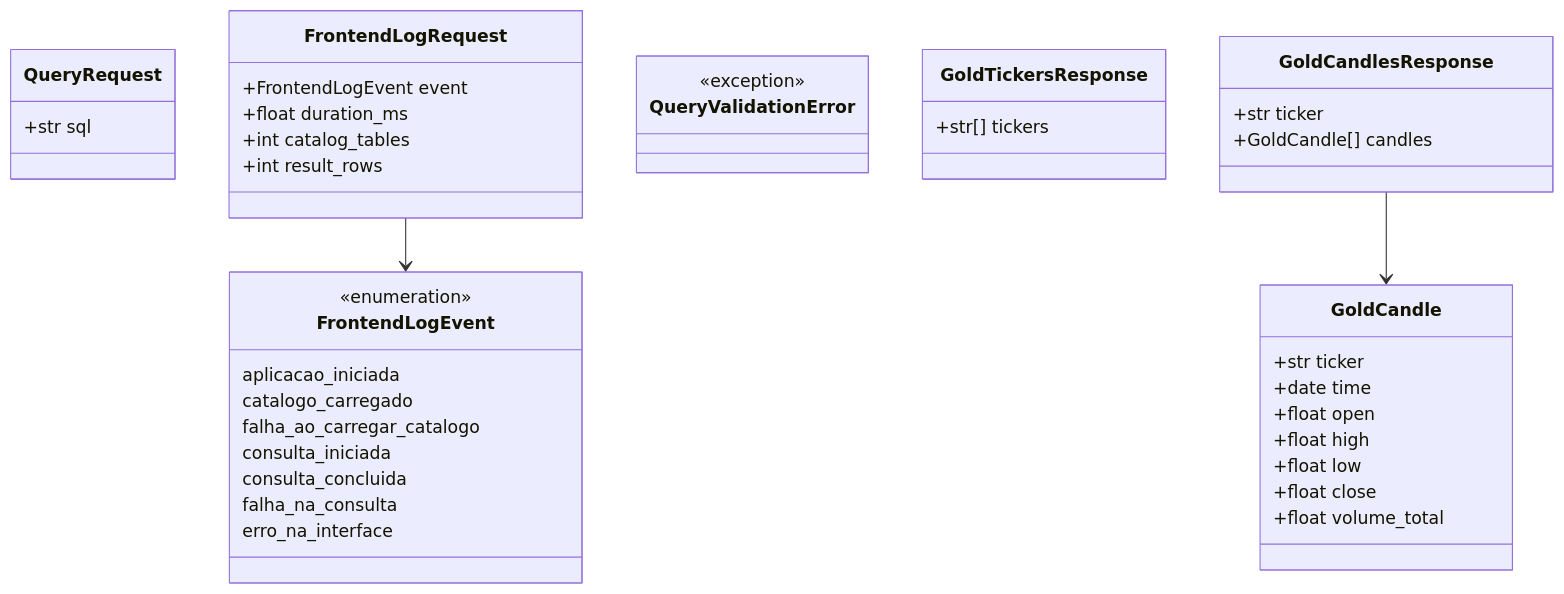
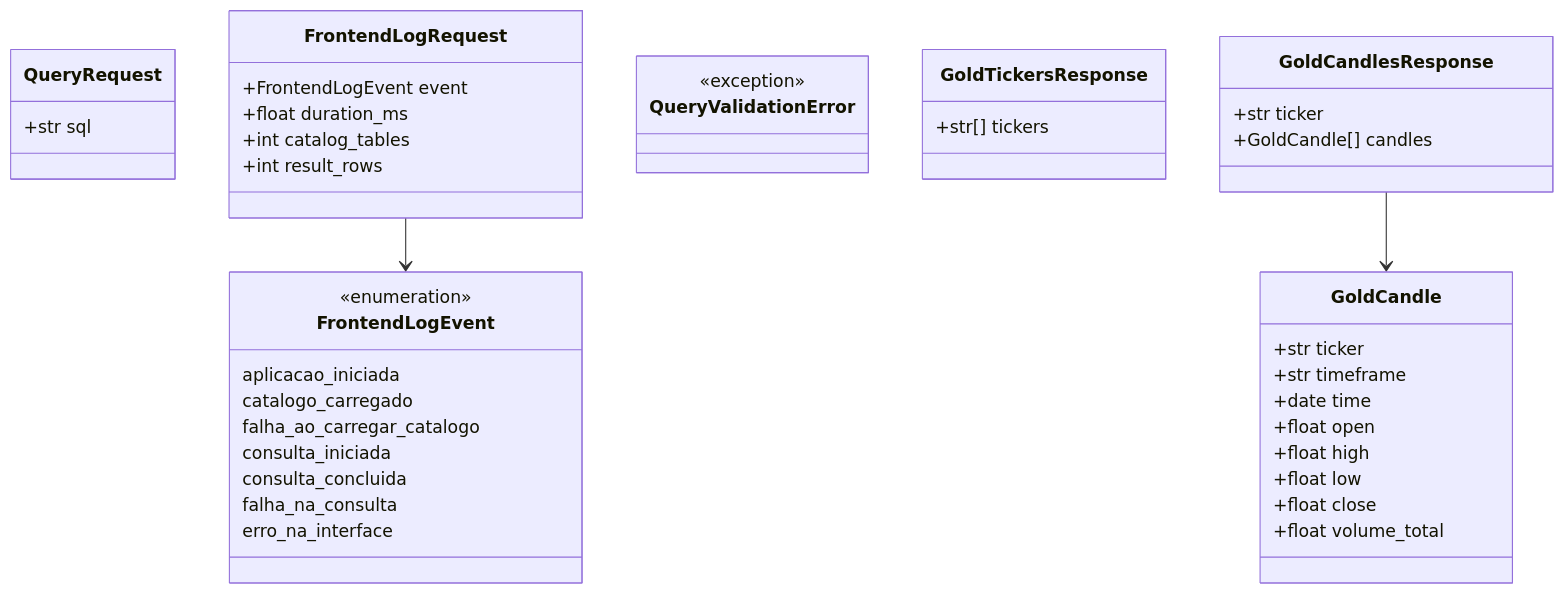
Before and after one commit to BiellBatista/Python.DataEngineering: the first of 3 diagrams in B3-Web-App/docs/diagrama-classes.md, drawn with Mermaid. The commit also changed other lines of this file and 10 other files, not shown here.

````diff
--- a/B3-Web-App/docs/diagrama-classes.md
+++ b/B3-Web-App/docs/diagrama-classes.md
@@ -5,43 +5,44 @@
 ```mermaid
 classDiagram
     class QueryRequest {
         +str sql
     }
     class FrontendLogRequest {
         +FrontendLogEvent event
         +float duration_ms
         +int catalog_tables
         +int result_rows
     }
     class FrontendLogEvent {
         <<enumeration>>
         aplicacao_iniciada
         catalogo_carregado
         falha_ao_carregar_catalogo
         consulta_iniciada
         consulta_concluida
         falha_na_consulta
         erro_na_interface
     }
     class QueryValidationError {
         <<exception>>
     }
     class GoldTickersResponse {
         +str[] tickers
     }
     class GoldCandle {
         +str ticker
+        +str timeframe
         +date time
         +float open
         +float high
         +float low
         +float close
         +float volume_total
     }
     class GoldCandlesResponse {
         +str ticker
         +GoldCandle[] candles
     }
     FrontendLogRequest --> FrontendLogEvent
     GoldCandlesResponse --> GoldCandle
 ```
````
